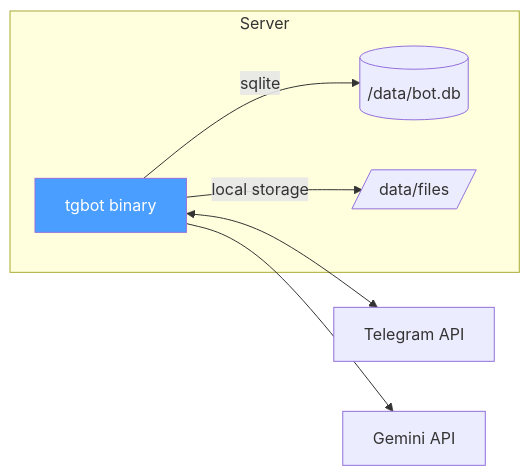
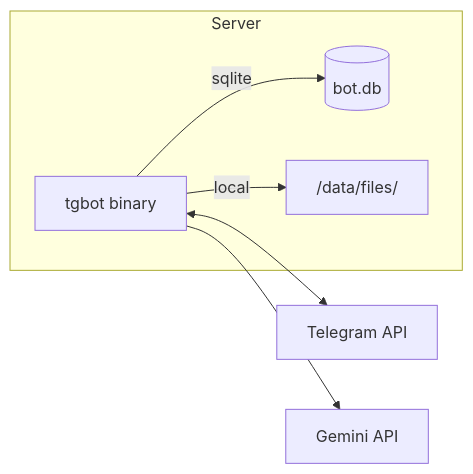
The second of 2 diagrams in docs/deployment.md (yfozekosh/kaufbot), drawn with Mermaid before and after one commit. The commit also changed other lines of this file and 2 other files, not shown here.

Commit message:
fix: remove br tags from mermaid diagrams for GitHub compatibility

````diff
--- a/docs/deployment.md
+++ b/docs/deployment.md
@@ -48,12 +45,13 @@
 ```mermaid
 graph LR
     subgraph Server
-        BIN[tgbot binary] -->|sqlite| DB[(/data/bot.db)]
-        BIN -->|local storage| FS[/data/files/]
+        BIN["tgbot binary"]
+        DB[("bot.db")]
+        FS["/data/files/"]
     end
 
+    BIN -->|sqlite| DB
+    BIN -->|local| FS
     BIN <--> TG[Telegram API]
     BIN --> GM[Gemini API]
-
-    style BIN fill:#4a9eff,color:#fff
 ```
````
